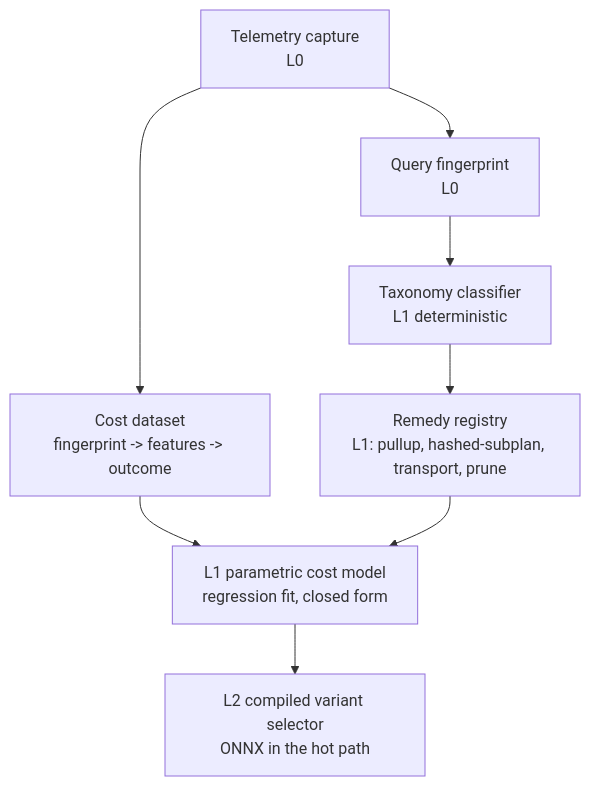
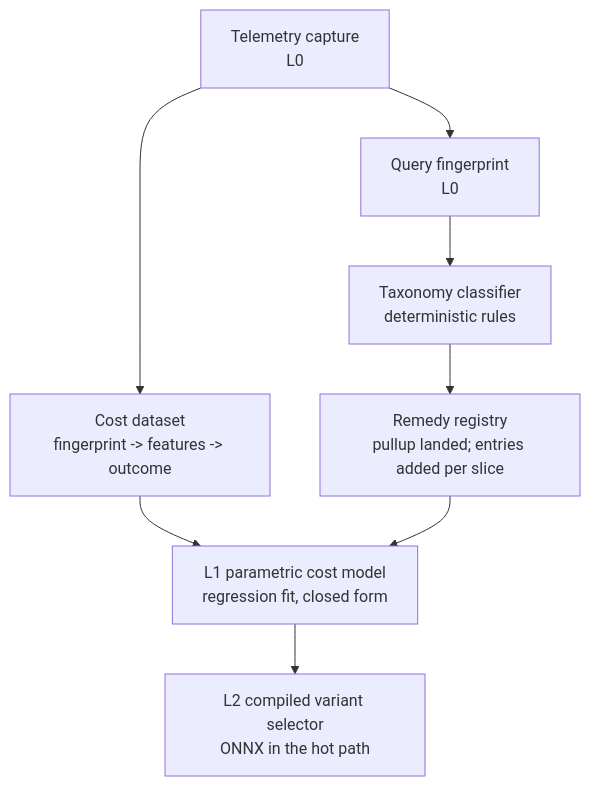
The diagram in specs/lakehouse/19-query-shape-taxonomy-and-cost-model.md (anvai-labs/pgdatalake), drawn with Mermaid before and after one commit. The commit also changed other lines of this file, not shown here.

````diff
--- a/specs/lakehouse/19-query-shape-taxonomy-and-cost-model.md
+++ b/specs/lakehouse/19-query-shape-taxonomy-and-cost-model.md
@@ -25,10 +25,10 @@
 ```mermaid
 flowchart TD
     T[Telemetry capture<br/>L0] --> F[Query fingerprint<br/>L0]
-    F --> X[Taxonomy classifier<br/>L1 deterministic]
-    X --> R[Remedy registry<br/>L1: pullup, hashed-subplan, transport, prune]
+    F --> X[Taxonomy classifier<br/>deterministic rules]
+    X --> R[Remedy registry<br/>pullup landed; entries added per slice]
     T --> C[Cost dataset<br/>fingerprint -> features -> outcome]
     C --> P[L1 parametric cost model<br/>regression fit, closed form]
     P --> M[L2 compiled variant selector<br/>ONNX in the hot path]
     R --> P
 ```
````
